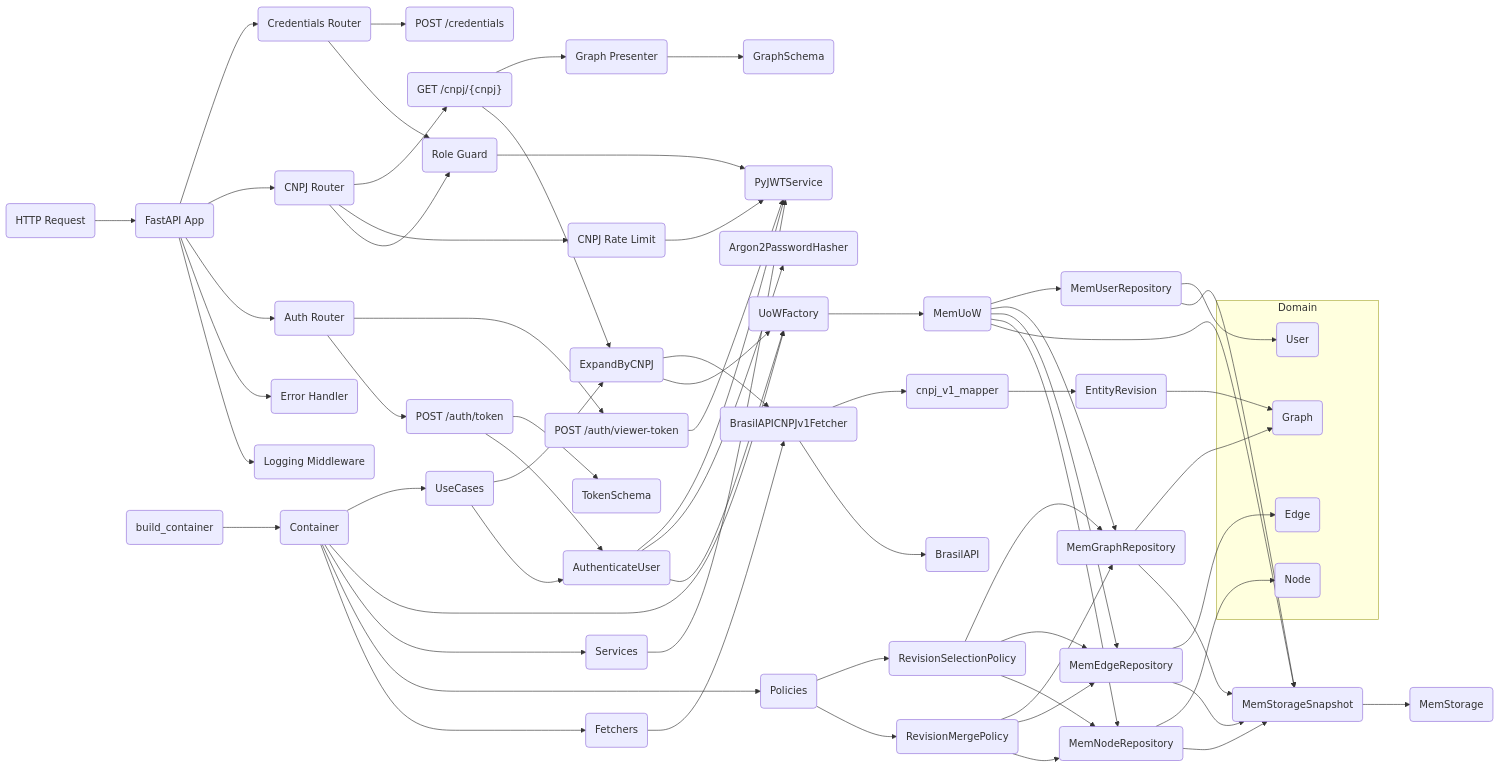
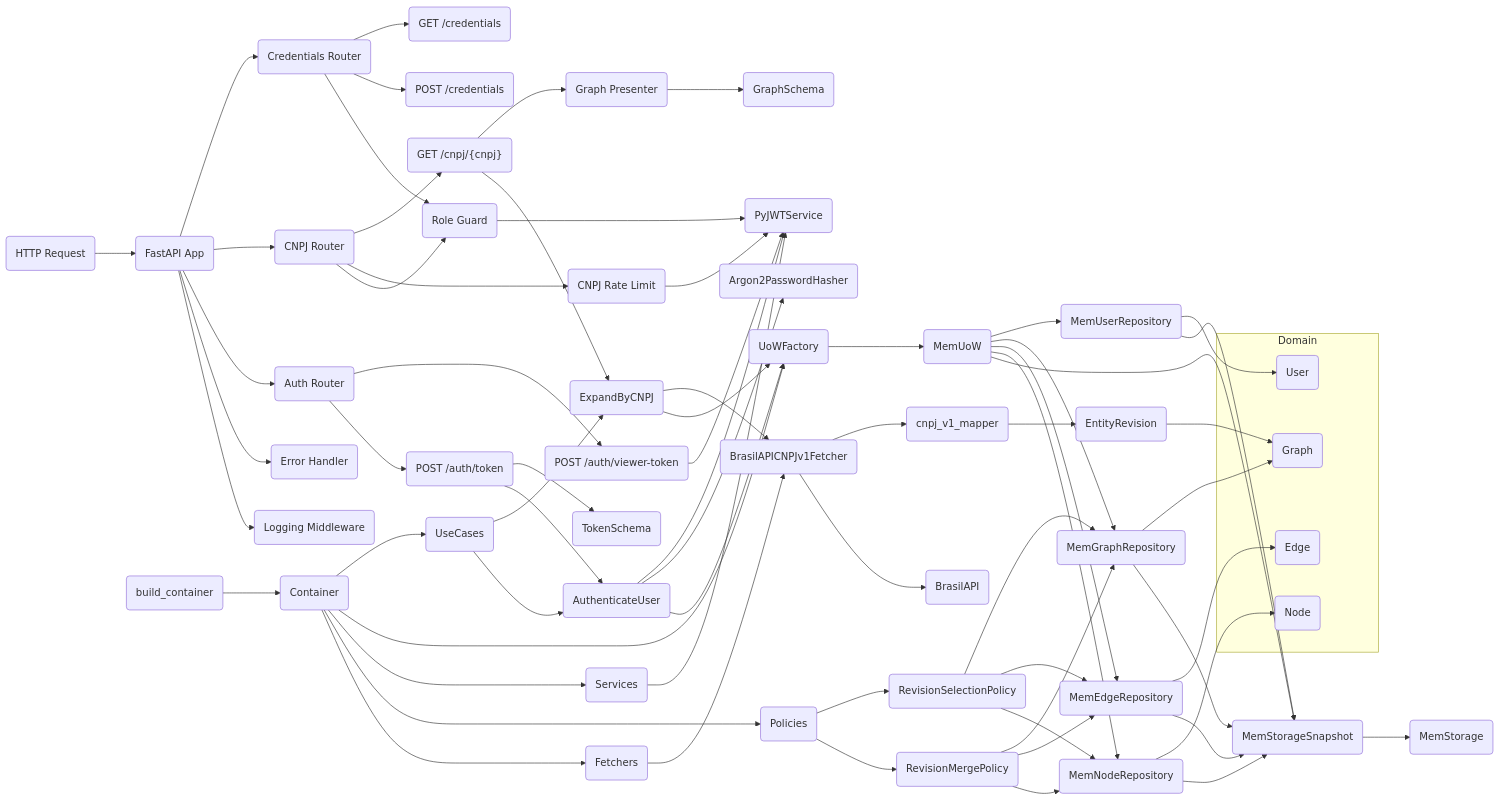
The diagram in README.md (geldois/osint-engine), drawn with Mermaid before and after one commit. The commit also changed 1 other file, not shown here.

Commit message:
fix(config): restore PORTAL_TRANSPARENCIA_API_KEY as dev-tooling-only env var

```diff
--- a/README.md
+++ b/README.md
@@ -46,6 +46,7 @@
     CNPJRouter --> GetCNPJ("GET /cnpj/{cnpj}")
     CredentialsRouter --> RoleGuard
     CredentialsRouter --> PostCredential("POST /credentials")
+    CredentialsRouter --> GetCredentials("GET /credentials")
 
     Bootstrap("build_container") --> Container("Container")
     Container --> Fetchers("Fetchers")
```
